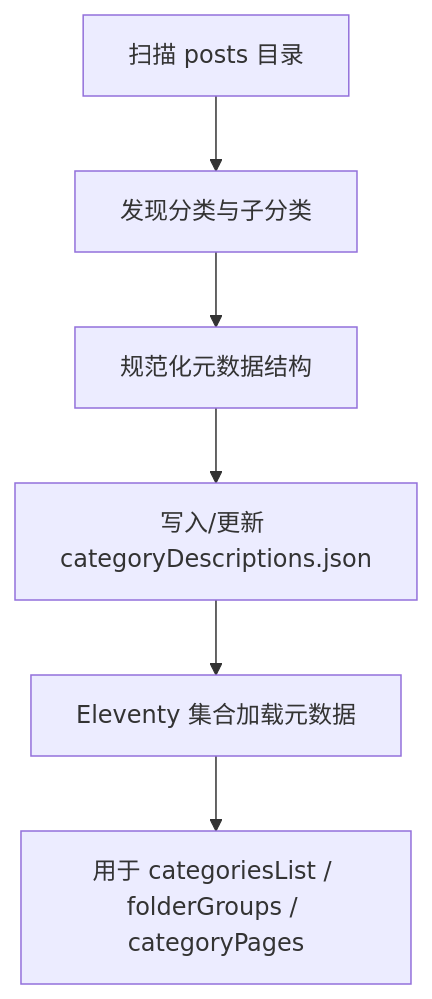
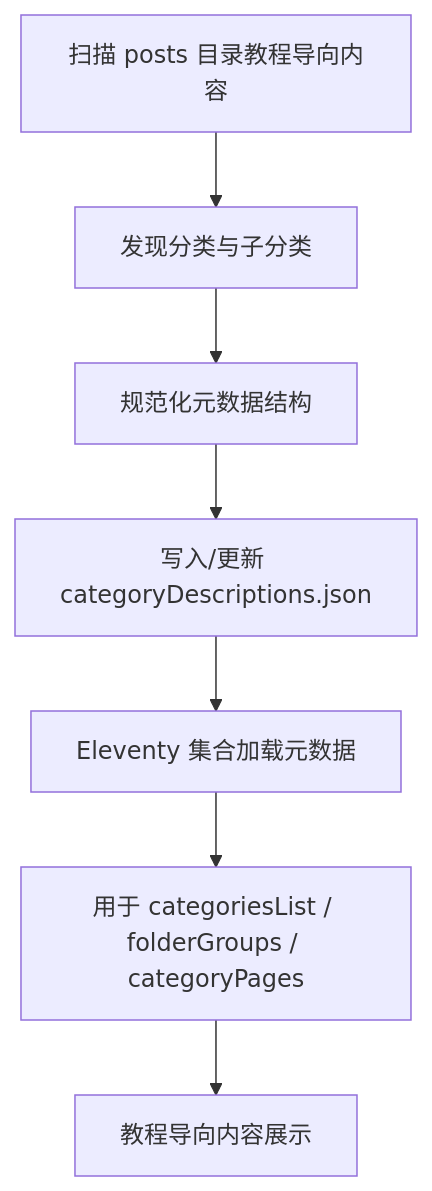
The fourth of 8 diagrams in .qoder/repowiki/zh/content/内容管理系统/内容组织结构.md (FXnadu/rainyNight-11ty), drawn with Mermaid before and after one commit. The commit also changed other lines of this file and 79 other files, not shown here.

````diff
--- a/.qoder/repowiki/zh/content/内容管理系统/内容组织结构.md
+++ b/.qoder/repowiki/zh/content/内容管理系统/内容组织结构.md
@@ -188,8 +216,9 @@
 ```mermaid
 flowchart TD
-S["扫描 posts 目录"] --> D["发现分类与子分类"]
+S["扫描 posts 目录教程导向内容"] --> D["发现分类与子分类"]
 D --> N["规范化元数据结构"]
 N --> W["写入/更新 categoryDescriptions.json"]
 W --> L["Eleventy 集合加载元数据"]
 L --> U["用于 categoriesList / folderGroups / categoryPages"]
+U --> T["教程导向内容展示"]
 ```
````
